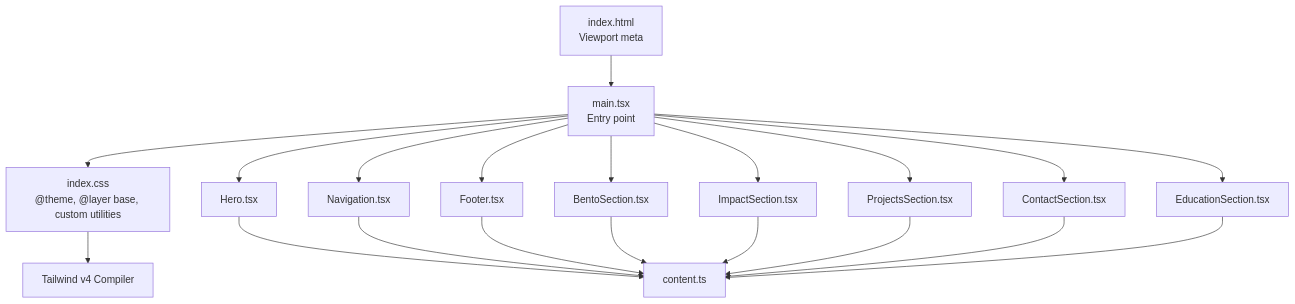
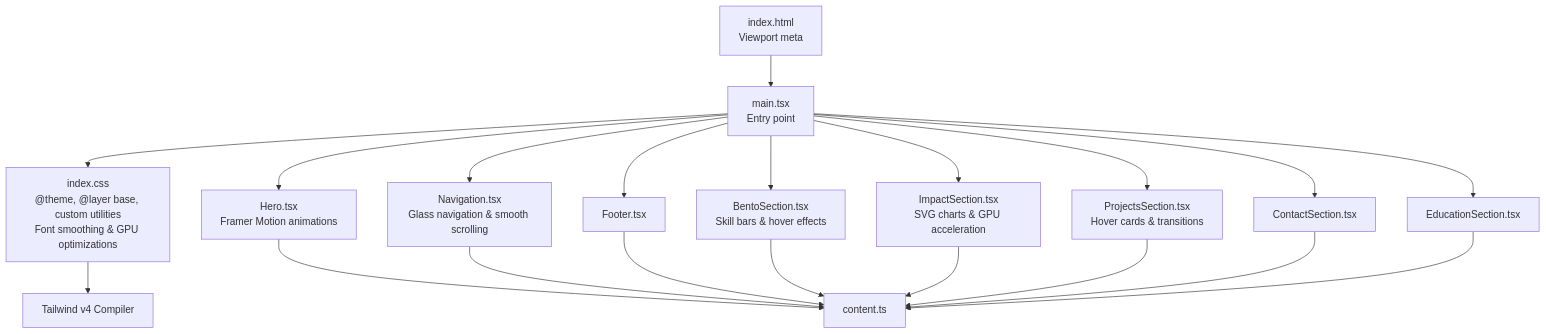
The first of 3 diagrams in .qoder/repowiki/en/content/Styling & Theming System.md (subash7781/Portfolio), drawn with Mermaid before and after one commit. The commit also changed other lines of this file and 9 other files, not shown here.

````diff
--- a/.qoder/repowiki/en/content/Styling & Theming System.md
+++ b/.qoder/repowiki/en/content/Styling & Theming System.md
@@ -39,22 +48,22 @@
 ```mermaid
 graph TB
 HTML["index.html<br/>Viewport meta"] --> Main["main.tsx<br/>Entry point"]
-Main --> CSS["index.css<br/>@theme, @layer base, custom utilities"]
+Main --> CSS["index.css<br/>@theme, @layer base, custom utilities<br/>Font smoothing & GPU optimizations"]
 CSS --> TW["Tailwind v4 Compiler"]
-Main --> C1["Hero.tsx"]
-Main --> C2["Navigation.tsx"]
+Main --> C1["Hero.tsx<br/>Framer Motion animations"]
+Main --> C2["Navigation.tsx<br/>Glass navigation & smooth scrolling"]
 Main --> C3["Footer.tsx"]
-Main --> C4["BentoSection.tsx"]
-Main --> C5["ImpactSection.tsx"]
-Main --> C6["ProjectsSection.tsx"]
+Main --> C4["BentoSection.tsx<br/>Skill bars & hover effects"]
+Main --> C5["ImpactSection.tsx<br/>SVG charts & GPU acceleration"]
+Main --> C6["ProjectsSection.tsx<br/>Hover cards & transitions"]
 Main --> C7["ContactSection.tsx"]
 Main --> C8["EducationSection.tsx"]
 C1 --> Content["content.ts"]
 C2 --> Content
 C3 --> Content
 C4 --> Content
 C5 --> Content
 C6 --> Content
 C7 --> Content
 C8 --> Content
 ```
````
